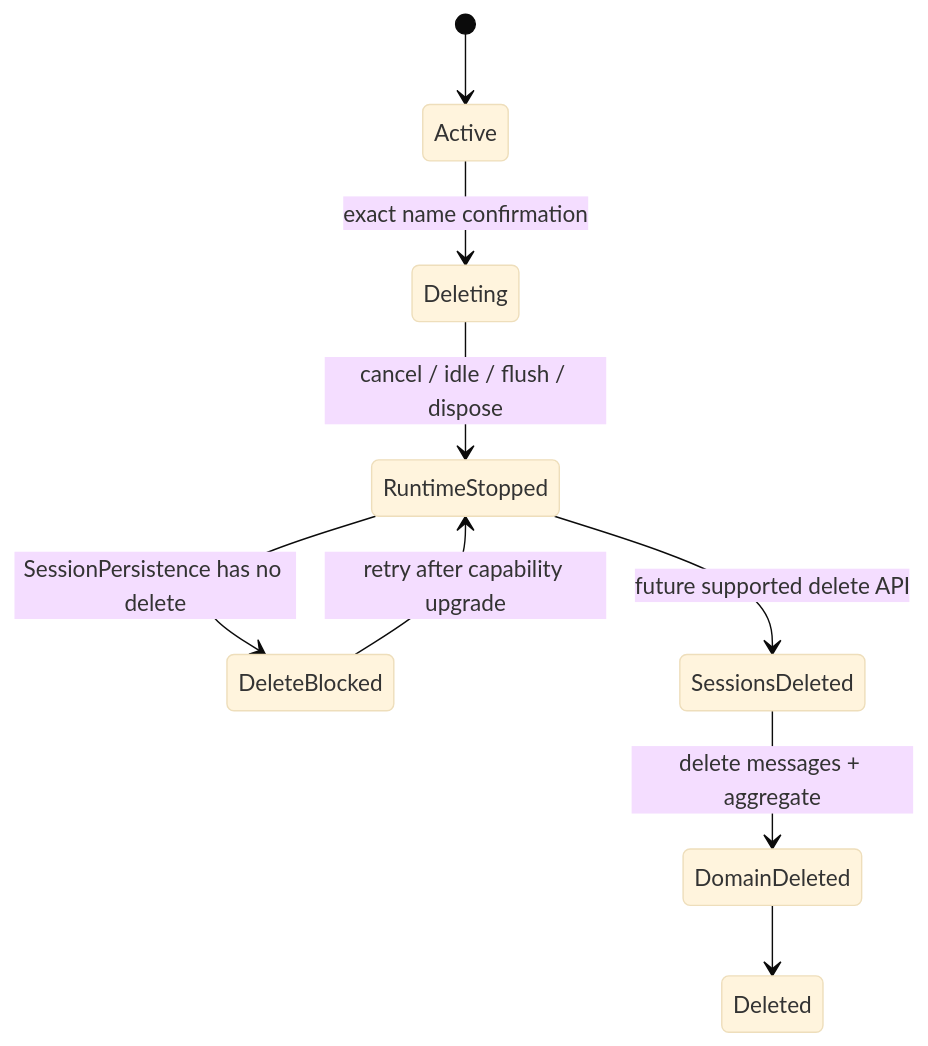
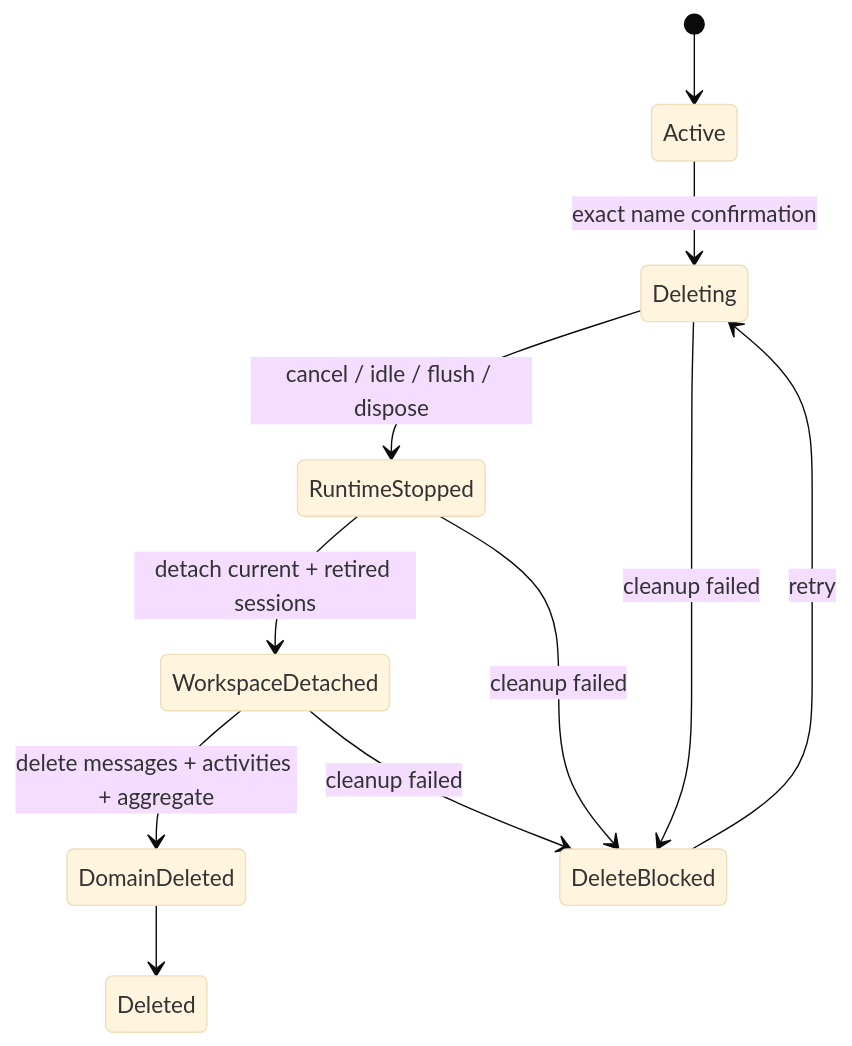
The diagram in docs/02-domain-model-and-persistence.md (Leonard-Data/agent-team), drawn with Mermaid (base theme) before and after one commit. The commit also changed other lines of this file and 18 other files, not shown here.

````diff
--- a/docs/02-domain-model-and-persistence.md
+++ b/docs/02-domain-model-and-persistence.md
@@ -207,11 +207,13 @@
 ```mermaid
 stateDiagram-v2
     [*] --> Active
     Active --> Deleting: exact name confirmation
     Deleting --> RuntimeStopped: cancel / idle / flush / dispose
-    RuntimeStopped --> DeleteBlocked: SessionPersistence has no delete
-    RuntimeStopped --> SessionsDeleted: future supported delete API
-    SessionsDeleted --> DomainDeleted: delete messages + aggregate
+    RuntimeStopped --> WorkspaceDetached: detach current + retired sessions
+    WorkspaceDetached --> DomainDeleted: delete messages + activities + aggregate
     DomainDeleted --> Deleted
-    DeleteBlocked --> RuntimeStopped: retry after capability upgrade
+    Deleting --> DeleteBlocked: cleanup failed
+    RuntimeStopped --> DeleteBlocked: cleanup failed
+    WorkspaceDetached --> DeleteBlocked: cleanup failed
+    DeleteBlocked --> Deleting: retry
 ```
````
